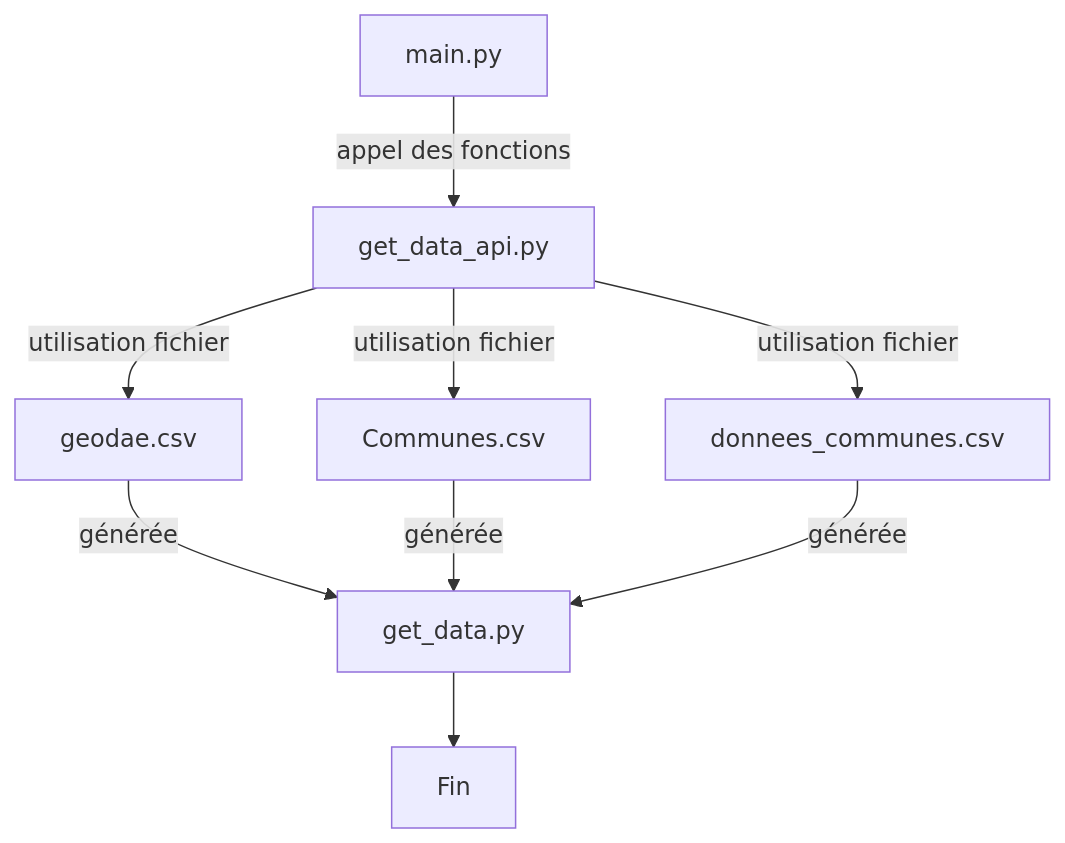
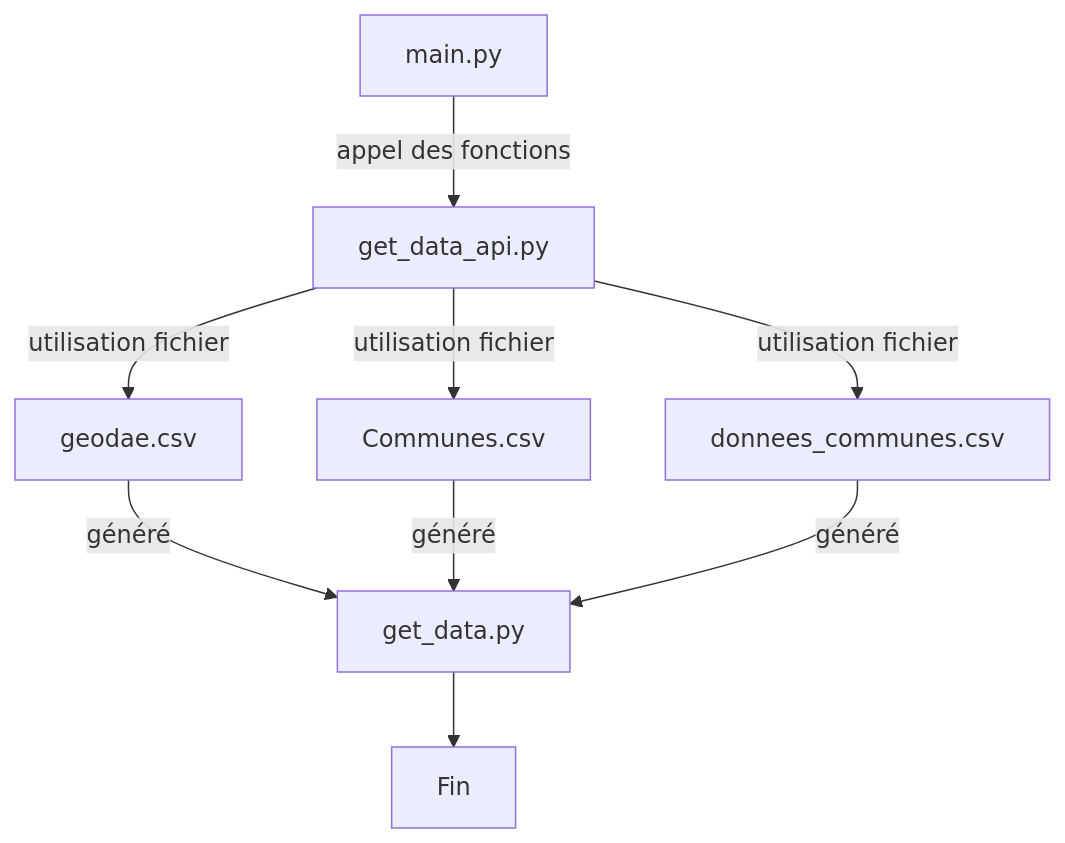
The diagram in README.md (ThibaultAnd261/Defibrilateur), drawn with Mermaid before and after one commit.

````diff
--- a/README.md
+++ b/README.md
@@ -39,11 +39,11 @@
 ```mermaid
 flowchart TD
   A[main.py] --> |appel des fonctions| B[get_data_api.py]
   B --> |utilisation fichier|C[geodae.csv]
   B --> |utilisation fichier|D[Communes.csv]
   B --> |utilisation fichier|E[donnees_communes.csv]
-  C --> |générée|F[get_data.py]
-  D --> |générée|F[get_data.py]
-  E --> |générée|F[get_data.py]
+  C --> |généré|F[get_data.py]
+  D --> |généré|F[get_data.py]
+  E --> |généré|F[get_data.py]
   F --> G[Fin]
 ```
````
